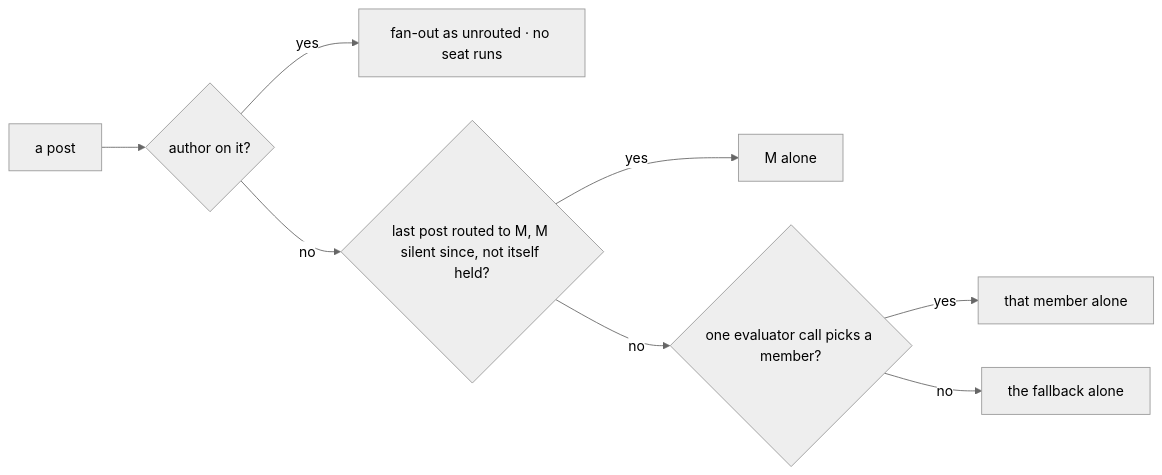
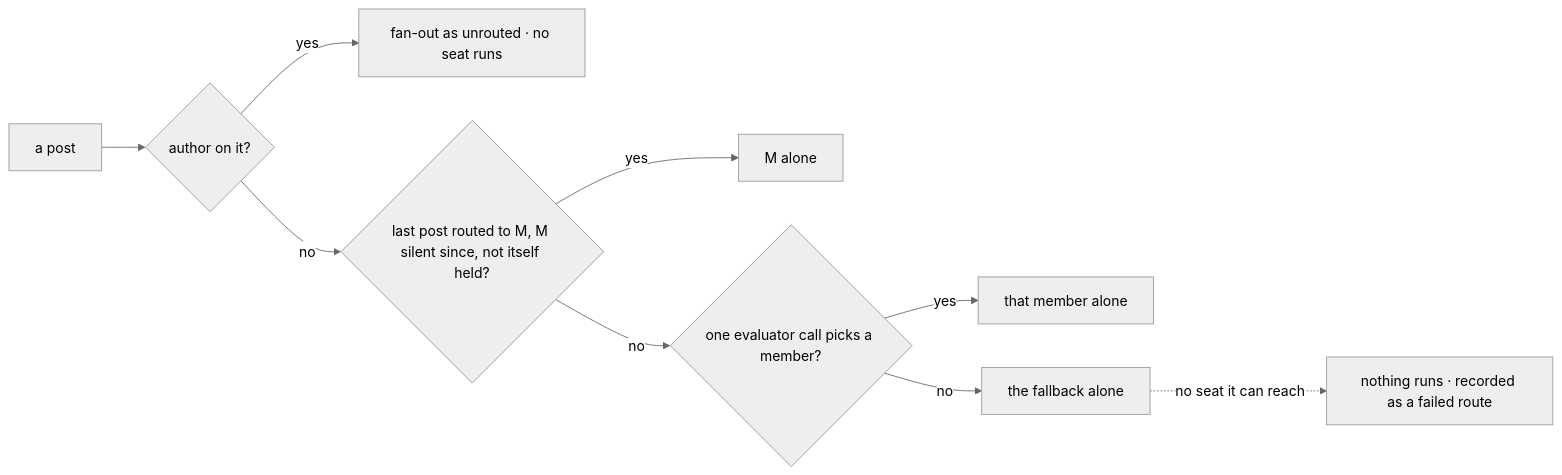
One commit to fixpoint-labs/flow-state-dev changed the diagram in specs/issues/FIX-1610/BUSINESS-RULES.md. Above: the diagram before and after it, drawn with Mermaid (neutral theme). The commit also changed other lines of this file and 9 other files, not shown here.

````diff
--- a/specs/issues/FIX-1610/BUSINESS-RULES.md
+++ b/specs/issues/FIX-1610/BUSINESS-RULES.md
@@ -21,10 +22,11 @@
 ```mermaid
 flowchart LR
   P["a post"] --> A{"author on it?"}
   A -->|"yes"| U["fan-out as unrouted · no seat runs"]
   A -->|"no"| H{"last post routed to M, M silent since, not itself held?"}
   H -->|"yes"| M["M alone"]
   H -->|"no"| E{"one evaluator call picks a member?"}
   E -->|"yes"| X["that member alone"]
   E -->|"no"| F["the fallback alone"]
+  F -.->|"no seat it can reach"| N["nothing runs · recorded as a failed route"]
 ```
````
